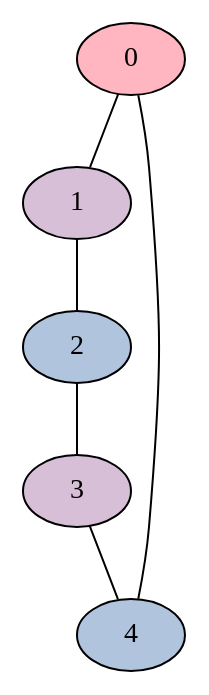
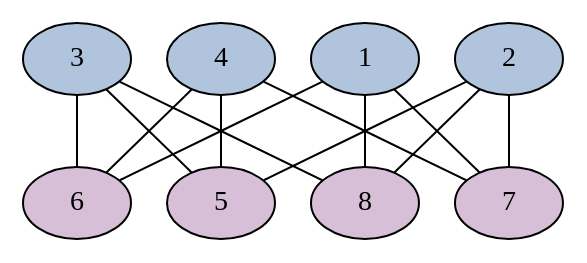
One commit to 4lesandr/DM_Sivoshenko_A changed the diagram in lab-4/output/graph4_output.dot. Above: the diagram before and after it, drawn with Graphviz. The commit also changed 7 other files, not shown here.

```diff
--- a/lab-4/output/graph4_output.dot
+++ b/lab-4/output/graph4_output.dot
@@ -1,13 +1,23 @@
-// Хроматическое число: 3
+// Хроматическое число: 2
 graph G {
-    0 [style=filled, fillcolor=lightpink];
-    1 [style=filled, fillcolor=thistle];
+    1 [style=filled, fillcolor=lightsteelblue];
+    6 [style=filled, fillcolor=thistle];
+    7 [style=filled, fillcolor=thistle];
     2 [style=filled, fillcolor=lightsteelblue];
-    3 [style=filled, fillcolor=thistle];
+    5 [style=filled, fillcolor=thistle];
+    8 [style=filled, fillcolor=thistle];
+    3 [style=filled, fillcolor=lightsteelblue];
     4 [style=filled, fillcolor=lightsteelblue];
-    3 -- 4;
-    2 -- 3;
-    1 -- 2;
-    0 -- 1;
-    0 -- 4;
+    4 -- 5;
+    4 -- 6;
+    4 -- 7;
+    3 -- 5;
+    3 -- 6;
+    3 -- 8;
+    2 -- 5;
+    2 -- 7;
+    2 -- 8;
+    1 -- 6;
+    1 -- 7;
+    1 -- 8;
 }
```
